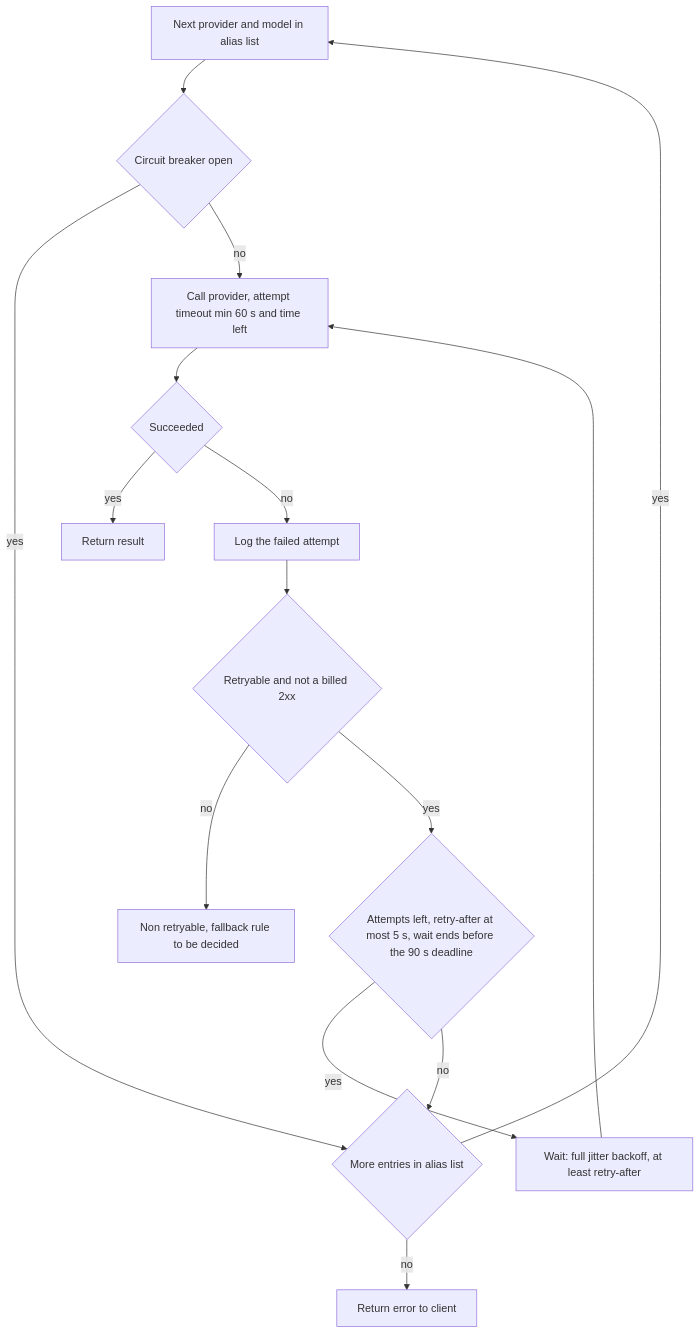
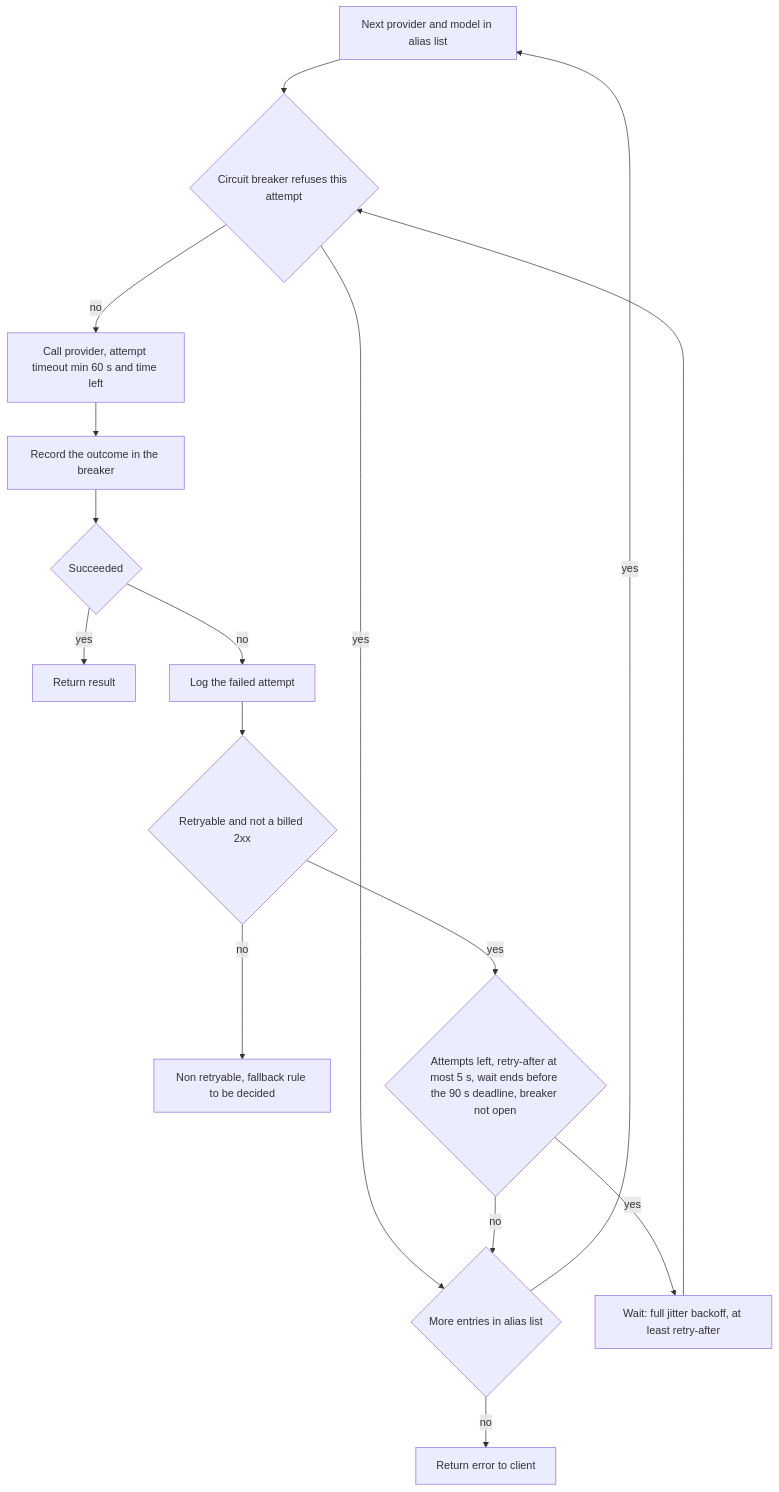
The third of 5 diagrams in FLOW.md (Jasmeet-011/LLMGateway), drawn with Mermaid before and after one commit. The commit also changed other lines of this file and 3 other files, not shown here.

Commit message:
docs: M10 spec, circuit breaker (D-055 to D-059)

````diff
--- a/FLOW.md
+++ b/FLOW.md
@@ -83,17 +83,18 @@
 ```mermaid
 flowchart TD
-    A[Next provider and model in alias list] --> B{Circuit breaker open}
+    A[Next provider and model in alias list] --> B{Circuit breaker refuses this attempt}
     B -->|yes| N
     B -->|no| C[Call provider, attempt timeout min 60 s and time left]
-    C --> D{Succeeded}
+    C --> RB[Record the outcome in the breaker]
+    RB --> D{Succeeded}
     D -->|yes| OK[Return result]
     D -->|no| L[Log the failed attempt]
     L --> E{Retryable and not a billed 2xx}
     E -->|no| X[Non retryable, fallback rule to be decided]
-    E -->|yes| F{Attempts left, retry-after at most 5 s, wait ends before the 90 s deadline}
+    E -->|yes| F{Attempts left, retry-after at most 5 s, wait ends before the 90 s deadline, breaker not open}
     F -->|yes| G[Wait: full jitter backoff, at least retry-after]
-    G --> C
+    G --> B
     F -->|no| N{More entries in alias list}
     N -->|yes| A
     N -->|no| FAIL[Return error to client]
 ```
````
